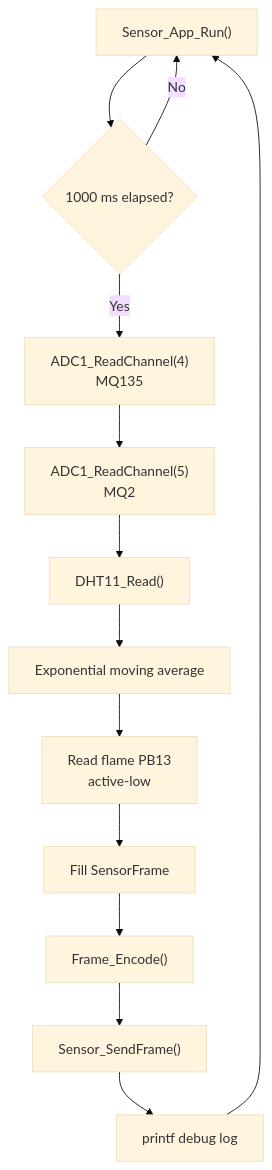
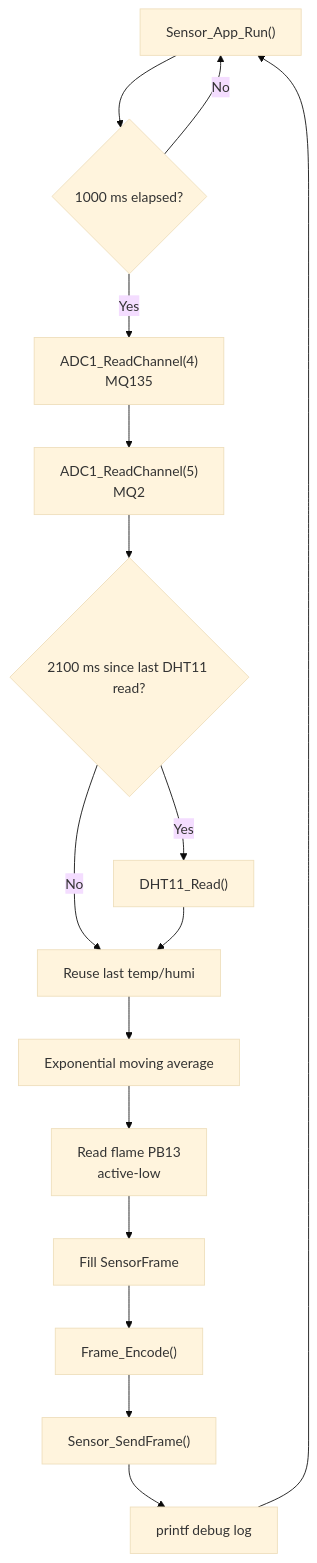
The fourth of 13 diagrams in docs/FUNCTION_DESIGN_WALKTHROUGH.en.md (Cusnd/dual-stm32-safety-monitor), drawn with Mermaid (base theme) before and after one commit. The commit also changed other lines of this file and 13 other files, not shown here.

````diff
--- a/docs/FUNCTION_DESIGN_WALKTHROUGH.en.md
+++ b/docs/FUNCTION_DESIGN_WALKTHROUGH.en.md
@@ -95,15 +95,18 @@
 ```mermaid
 flowchart TD
   L["Sensor_App_Run()"] --> T{"1000 ms elapsed?"}
   T -->|"No"| L
   T -->|"Yes"| A["ADC1_ReadChannel(4)\nMQ135"]
   A --> B["ADC1_ReadChannel(5)\nMQ2"]
-  B --> C["DHT11_Read()"]
-  C --> D["Exponential moving average"]
-  D --> E["Read flame PB13\nactive-low"]
-  E --> F["Fill SensorFrame"]
-  F --> G["Frame_Encode()"]
-  G --> H["Sensor_SendFrame()"]
-  H --> I["printf debug log"]
-  I --> L
+  B --> C{"2100 ms since last DHT11 read?"}
+  C -->|"Yes"| C1["DHT11_Read()"]
+  C -->|"No"| D["Reuse last temp/humi"]
+  C1 --> D
+  D --> E["Exponential moving average"]
+  E --> F["Read flame PB13\nactive-low"]
+  F --> G["Fill SensorFrame"]
+  G --> H["Frame_Encode()"]
+  H --> I["Sensor_SendFrame()"]
+  I --> J["printf debug log"]
+  J --> L
 ```
````
